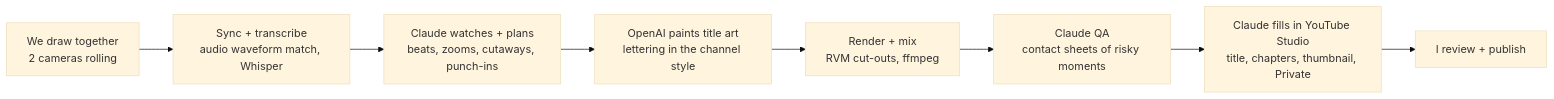
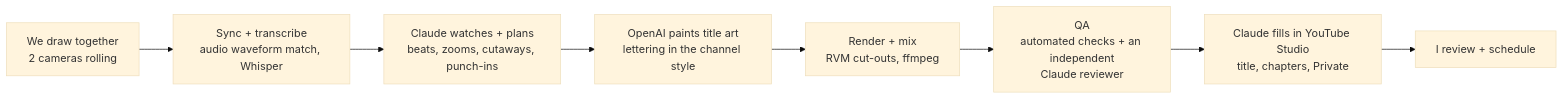
Before and after one commit to realjvogel/2cam-ai-video-editing-pipeline: the diagram in README.md, drawn with Mermaid (base theme). The commit also changed other lines of this file and 1 other file, not shown here.

````diff
--- a/README.md
+++ b/README.md
@@ -14,10 +12,10 @@
 ```mermaid
 flowchart LR
     A[We draw together<br/>2 cameras rolling] --> B[Sync + transcribe<br/>audio waveform match, Whisper]
     B --> C[Claude watches + plans<br/>beats, zooms, cutaways, punch-ins]
     C --> D[OpenAI paints title art<br/>lettering in the channel style]
     D --> E[Render + mix<br/>RVM cut-outs, ffmpeg]
-    E --> F[Claude QA<br/>contact sheets of risky moments]
-    F --> G[Claude fills in YouTube Studio<br/>title, chapters, thumbnail, Private]
-    G --> H[I review + publish]
+    E --> F[QA<br/>automated checks + an independent<br/>Claude reviewer]
+    F --> G[Claude fills in YouTube Studio<br/>title, chapters, Private]
+    G --> H[I review + schedule]
 ```
````
